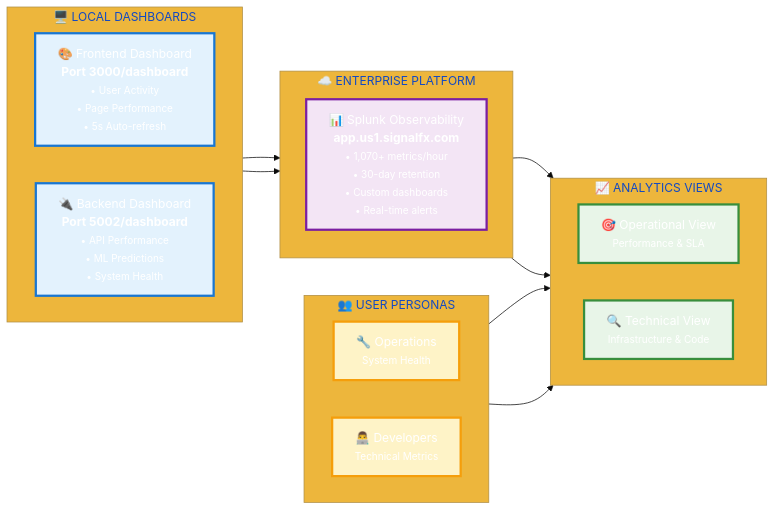
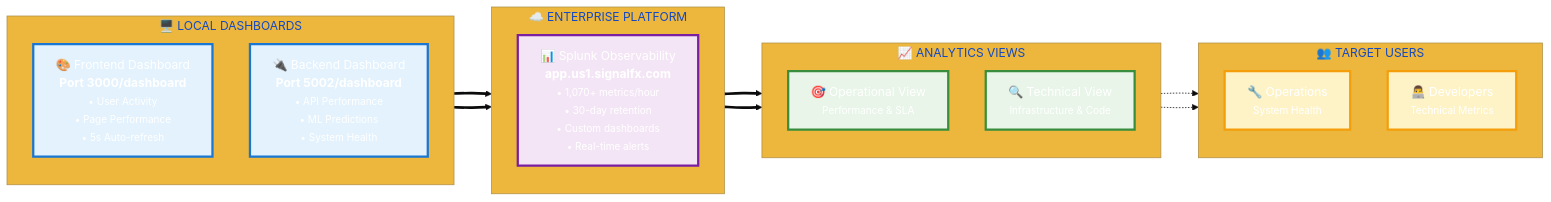
The fourth of 4 diagrams in docs/jenkins/DOCUMENTATION_FOR_EXPO.md (andreaendigital/CarPricePredictor-Demo), drawn with Mermaid before and after one commit.

Commit message:
docs: Reorganize Dashboard Architecture with improved logical flow
- Reorder flow: Local Dashboards → Enterprise Platform → Analytics Views → Target Users
- Change subgraph directions to TB for better vertical organization
- Update connections to show proper data flow with stronger arrows (==>) and dotted lines (-.->)
- Rename USER PERSONAS to TARGET USERS for clarity
- Maintain professional styling while improving visual hierarchy
- Better logical progression from data sources to end users

````diff
--- a/docs/jenkins/DOCUMENTATION_FOR_EXPO.md
+++ b/docs/jenkins/DOCUMENTATION_FOR_EXPO.md
@@ -350,50 +350,47 @@
 ```mermaid
 %%{init: {'theme': 'base', 'themeVariables': {'primaryColor': '#2563eb', 'primaryTextColor': '#ffffff'}}}%%
 
 flowchart LR
-    subgraph USERS ["👥 USER PERSONAS"]
-        direction LR
+    subgraph USERS ["👥 TARGET USERS"]
+        direction TB
 
         U2["🔧 Operations<br/><small>System Health</small>"]
         U3["👨‍💻 Developers<br/><small>Technical Metrics</small>"]
     end
 
     subgraph LOCAL ["🖥️ LOCAL DASHBOARDS"]
-        direction LR
+        direction TB
         L1["🎨 Frontend Dashboard<br/><b>Port 3000/dashboard</b><br/><small>• User Activity<br/>• Page Performance<br/>• 5s Auto-refresh</small>"]
         L2["🔌 Backend Dashboard<br/><b>Port 5002/dashboard</b><br/><small>• API Performance<br/>• ML Predictions<br/>• System Health</small>"]
     end
 
     subgraph ENTERPRISE ["☁️ ENTERPRISE PLATFORM"]
         direction TB
         E1["📊 Splunk Observability<br/><b>app.us1.signalfx.com</b><br/><small>• 1,070+ metrics/hour<br/>• 30-day retention<br/>• Custom dashboards<br/>• Real-time alerts</small>"]
     end
 
     subgraph ANALYTICS ["📈 ANALYTICS VIEWS"]
-        direction LR
+        direction TB
 
         A2["🎯 Operational View<br/><small>Performance & SLA</small>"]
         A3["🔍 Technical View<br/><small>Infrastructure & Code</small>"]
     end
 
 
-    U2 --> A2
-    U3 --> A3
-
-    L1 --> E1
-    L2 --> E1
-
-
-    E1 --> A2
-    E1 --> A3
+    L1 ==> E1
+    L2 ==> E1
+    E1 ==> A2
+    E1 ==> A3
+    A2 -.-> U2
+    A3 -.-> U3
 
     classDef users fill:#fef3c7,stroke:#f59e0b,stroke-width:3px
     classDef local fill:#e3f2fd,stroke:#1976d2,stroke-width:3px
     classDef enterprise fill:#f3e5f5,stroke:#7b1fa2,stroke-width:3px
     classDef analytics fill:#e8f5e8,stroke:#388e3c,stroke-width:3px
 
     class U2,U3 users
     class L1,L2 local
     class E1 enterprise
     class A2,A3 analytics
 ```
````
